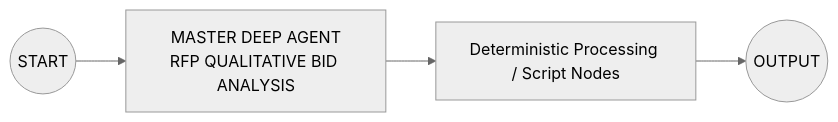
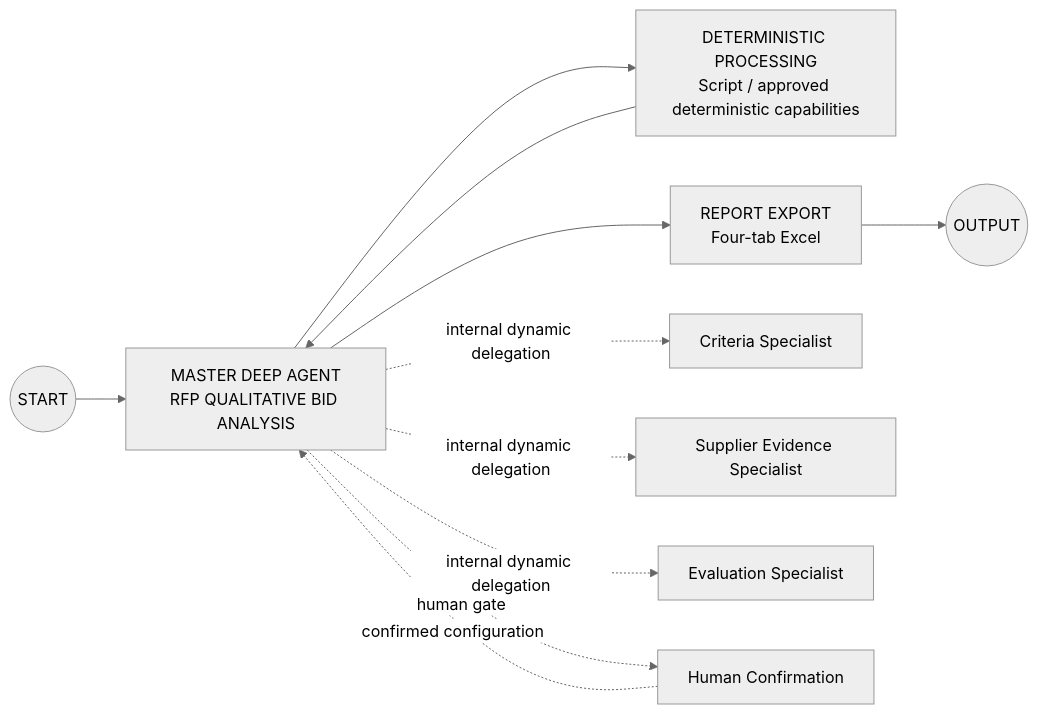
One commit to adityarane-ai/Agentic-Orchestrations changed the first of 2 diagrams in Bid Analysis Agent/07-QI Studio Orchestration Blueprint.md. Above: the diagram before and after it, drawn with Mermaid (neutral theme). The commit also changed other lines of this file, not shown here.

Commit message:
Update QI Studio diagrams and execution blueprint for V1.2

````diff
--- a/Bid Analysis Agent/07-QI Studio Orchestration Blueprint.md
+++ b/Bid Analysis Agent/07-QI Studio Orchestration Blueprint.md
@@ -21,7 +21,14 @@
 ```mermaid
 flowchart LR
+    START((START)) --> MASTER[MASTER DEEP AGENT<br/>RFP QUALITATIVE BID ANALYSIS]
+    MASTER --> DET[DETERMINISTIC PROCESSING<br/>Script / approved deterministic capabilities]
+    DET --> MASTER
+    MASTER --> EXPORT[REPORT EXPORT<br/>Four-tab Excel]
+    EXPORT --> OUTPUT((OUTPUT))
 
-START((START)) --> MASTER[MASTER DEEP AGENT<br/>RFP QUALITATIVE BID ANALYSIS]
-MASTER --> DET[Deterministic Processing / Script Nodes]
-DET --> OUTPUT((OUTPUT))
+    MASTER -. internal dynamic delegation .-> C[Criteria Specialist]
+    MASTER -. internal dynamic delegation .-> S[Supplier Evidence Specialist]
+    MASTER -. internal dynamic delegation .-> E[Evaluation Specialist]
+    MASTER -. human gate .-> H[Human Confirmation]
+    H -. confirmed configuration .-> MASTER
 ```
````
